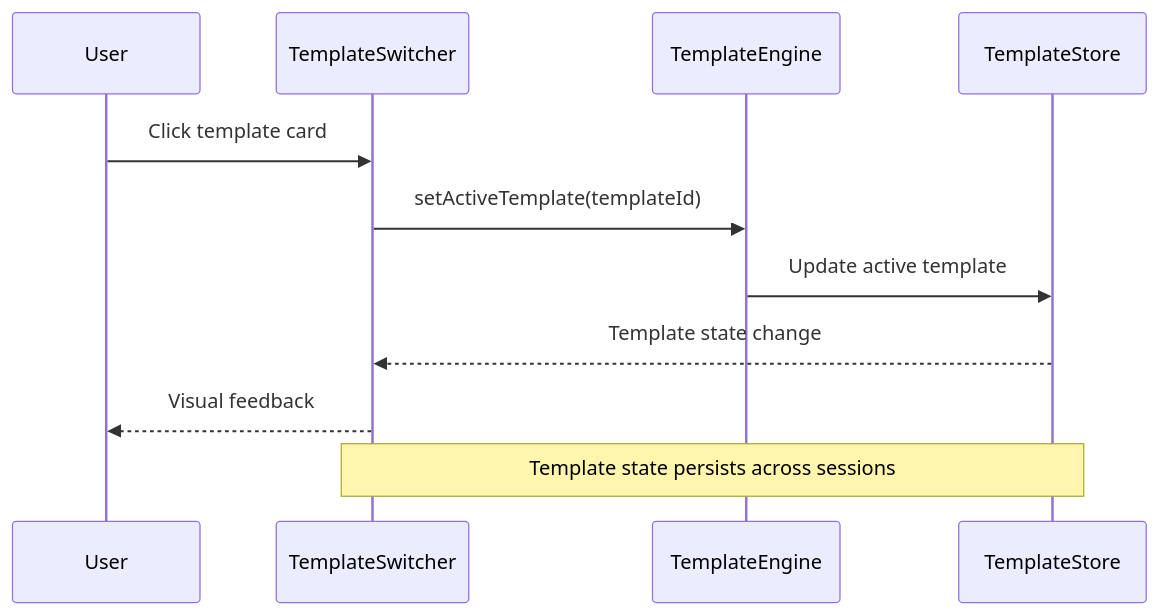
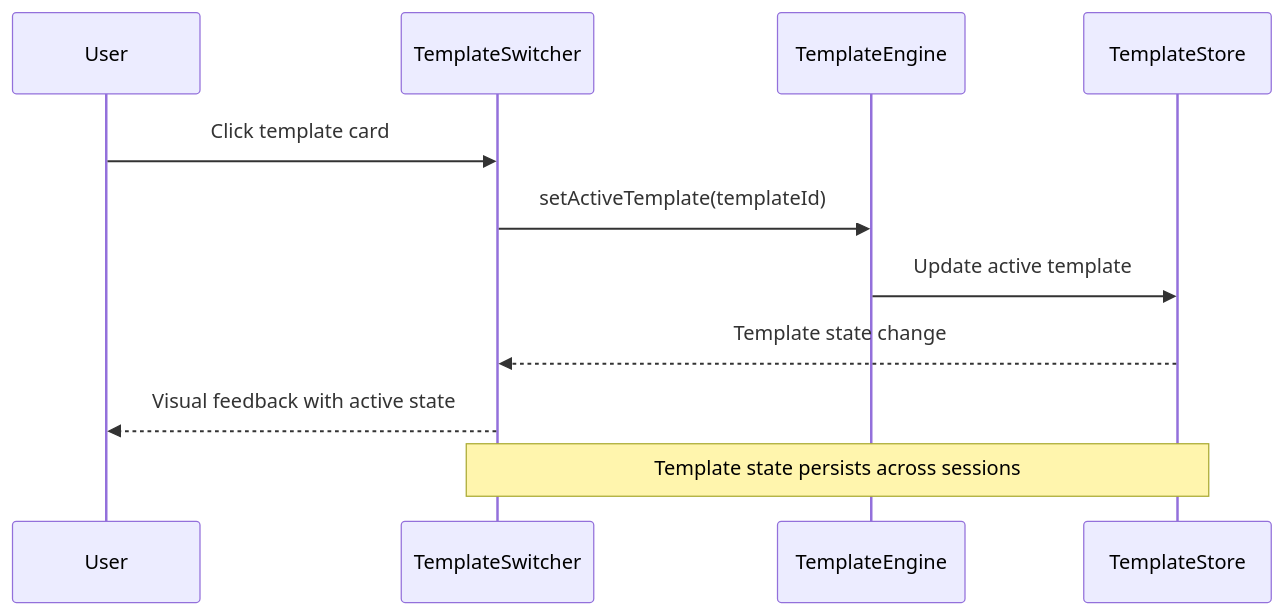
The third of 10 diagrams in .qoder/repowiki/en/content/User Interface Components/Standalone CV Builder.md (DoVuDung/cv-portfolio-builder), drawn with Mermaid before and after one commit. The commit also changed other lines of this file and 4 other files, not shown here.

````diff
--- a/.qoder/repowiki/en/content/User Interface Components/Standalone CV Builder.md
+++ b/.qoder/repowiki/en/content/User Interface Components/Standalone CV Builder.md
@@ -157,13 +205,13 @@
 ```mermaid
 sequenceDiagram
 participant User as User
 participant Switcher as TemplateSwitcher
 participant Engine as TemplateEngine
 participant Store as TemplateStore
 User->>Switcher : Click template card
 Switcher->>Engine : setActiveTemplate(templateId)
 Engine->>Store : Update active template
 Store-->>Switcher : Template state change
-Switcher-->>User : Visual feedback
+Switcher-->>User : Visual feedback with active state
 Note over Switcher,Store : Template state persists across sessions
 ```
````
